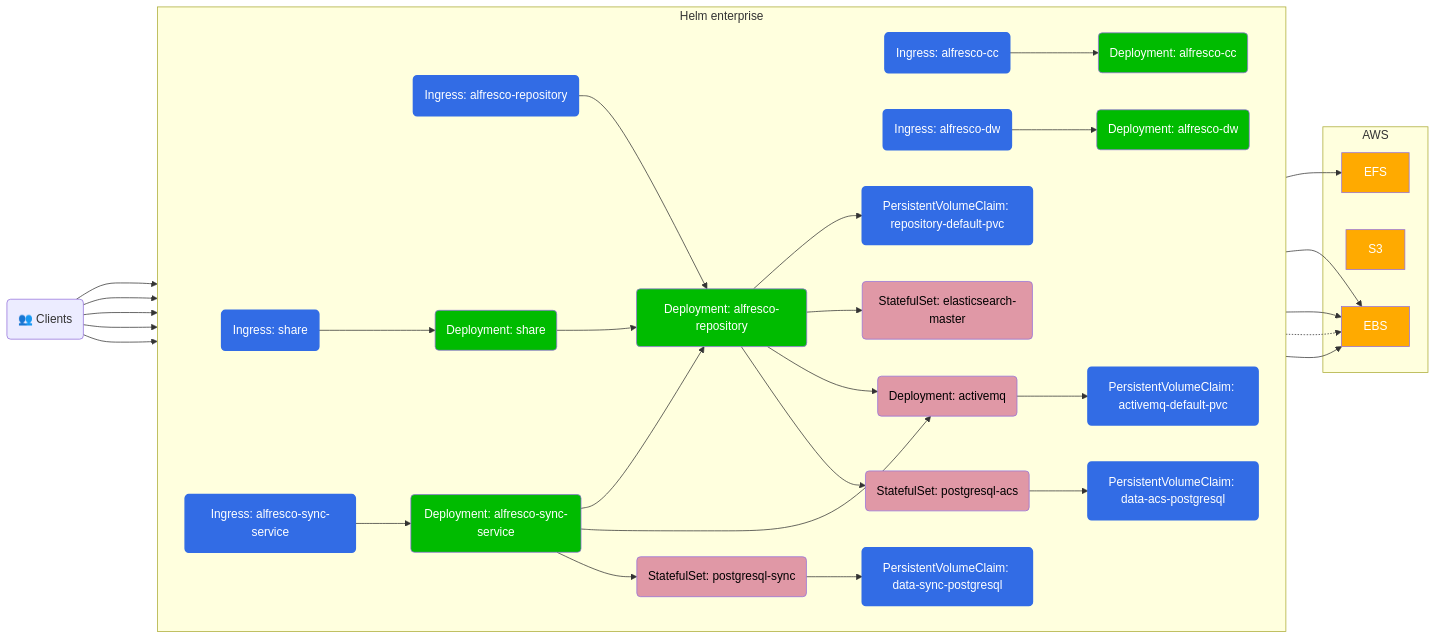
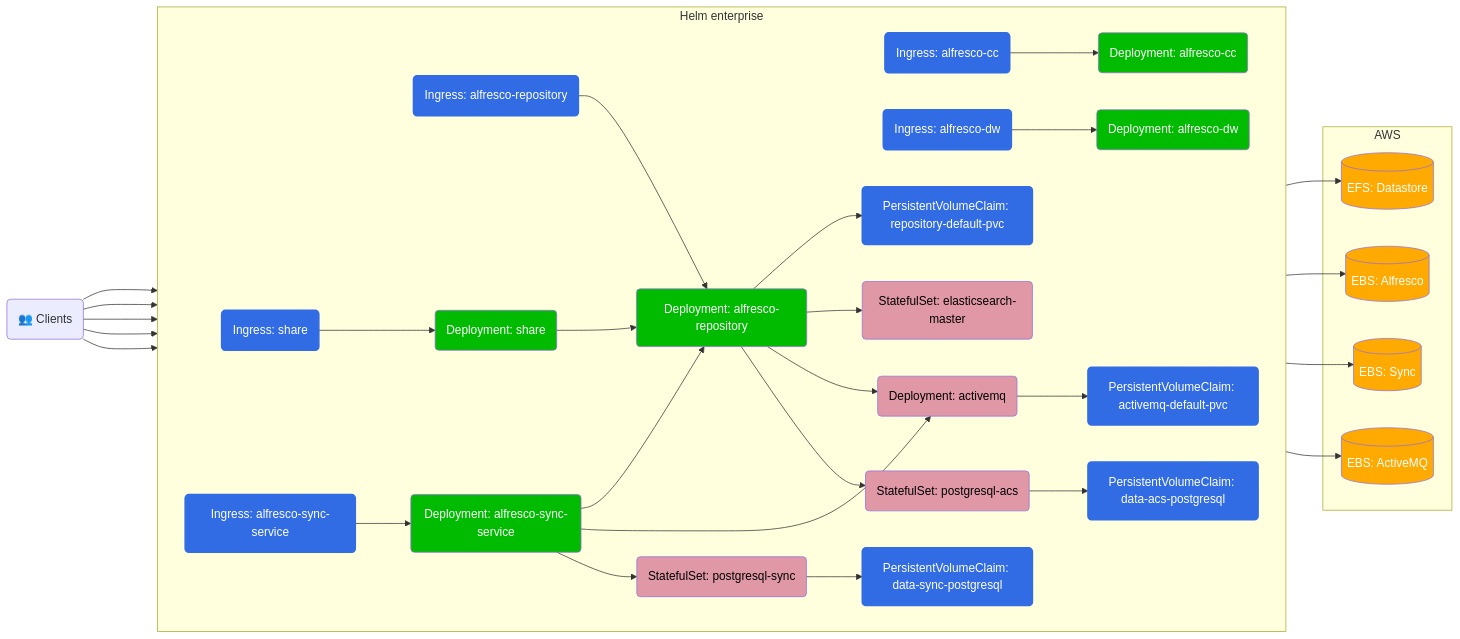
Before and after one commit to Alfresco/acs-deployment: the first of 4 diagrams in docs/helm/eks-deployment.md, drawn with Mermaid. The commit also changed other lines of this file, not shown here.

````diff
--- a/docs/helm/eks-deployment.md
+++ b/docs/helm/eks-deployment.md
@@ -19,61 +19,61 @@
 ```mermaid
 graph LR
 
 classDef alf fill:#0b0,color:#fff
 classDef aws fill:#fa0,color:#fff
 classDef k8s fill:#326ce5,stroke:#326ce5,stroke-width:2px,color:#fff
 classDef thrdP fill:#e098a6,color:#000
 
 Client("👥 Clients")
 
 subgraph Helm enterprise
   direction LR
   PersistentVolumeClaim_activemq-default-pvc(PersistentVolumeClaim: activemq-default-pvc):::k8s
   PersistentVolumeClaim_data-acs-postgresql(PersistentVolumeClaim: data-acs-postgresql):::k8s
   PersistentVolumeClaim_data-sync-postgresql(PersistentVolumeClaim: data-sync-postgresql):::k8s
   PersistentVolumeClaim_repository-default-pvc(PersistentVolumeClaim: repository-default-pvc):::k8s
 
   Deployment_activemq(Deployment: activemq):::thrdP
   Deployment_alfresco-cc(Deployment: alfresco-cc):::alf
   Deployment_alfresco-dw(Deployment: alfresco-dw):::alf
   Deployment_alfresco-repository(Deployment: alfresco-repository):::alf
   Deployment_alfresco-sync-service(Deployment: alfresco-sync-service):::alf
   Deployment_share(Deployment: share):::alf
 
   StatefulSet_elasticsearch-master(StatefulSet: elasticsearch-master):::thrdP
   StatefulSet_postgresql-sync(StatefulSet: postgresql-sync):::thrdP
   StatefulSet_postgresql-acs(StatefulSet: postgresql-acs):::thrdP
 
   Ingress_alfresco-cc(Ingress: alfresco-cc):::k8s
   Ingress_alfresco-dw(Ingress: alfresco-dw):::k8s
   Ingress_alfresco-repository(Ingress: alfresco-repository):::k8s
   Ingress_alfresco-sync-service(Ingress: alfresco-sync-service):::k8s
   Ingress_share(Ingress: share):::k8s
 end
 
-  subgraph AWS
-    EFS:::aws
-    S3:::aws
-    EBS:::aws
-  end
+subgraph AWS
+  EFS[(EFS: Datastore)]:::aws
+  EBS-acs[(EBS: Alfresco)]:::aws
+  EBS-sync[(EBS: Sync)]:::aws
+  EBS-mq[(EBS: ActiveMQ)]:::aws
+end
 
 Client ---> Ingress_alfresco-cc --> Deployment_alfresco-cc
 Client ---> Ingress_alfresco-dw --> Deployment_alfresco-dw
 Client --> Ingress_alfresco-repository --> Deployment_alfresco-repository
 Client --> Ingress_share --> Deployment_share
 Client --> Ingress_alfresco-sync-service --> Deployment_alfresco-sync-service
 
 Deployment_share --> Deployment_alfresco-repository
 
-Deployment_alfresco-repository --> StatefulSet_postgresql-acs --> PersistentVolumeClaim_data-acs-postgresql --> EBS
+Deployment_alfresco-repository --> StatefulSet_postgresql-acs --> PersistentVolumeClaim_data-acs-postgresql --> EBS-acs
 Deployment_alfresco-repository --> Deployment_activemq
 Deployment_alfresco-repository --> StatefulSet_elasticsearch-master
 
-Deployment_alfresco-sync-service --> StatefulSet_postgresql-sync --> PersistentVolumeClaim_data-sync-postgresql --> EBS
+Deployment_alfresco-sync-service --> StatefulSet_postgresql-sync --> PersistentVolumeClaim_data-sync-postgresql --> EBS-sync
 Deployment_alfresco-sync-service --> Deployment_activemq
 Deployment_alfresco-sync-service --> Deployment_alfresco-repository
 
 Deployment_alfresco-repository --> PersistentVolumeClaim_repository-default-pvc --> EFS
-PersistentVolumeClaim_repository-default-pvc -.-> EBS
-Deployment_activemq --> PersistentVolumeClaim_activemq-default-pvc --> EBS
+Deployment_activemq --> PersistentVolumeClaim_activemq-default-pvc --> EBS-mq
 ```
````
